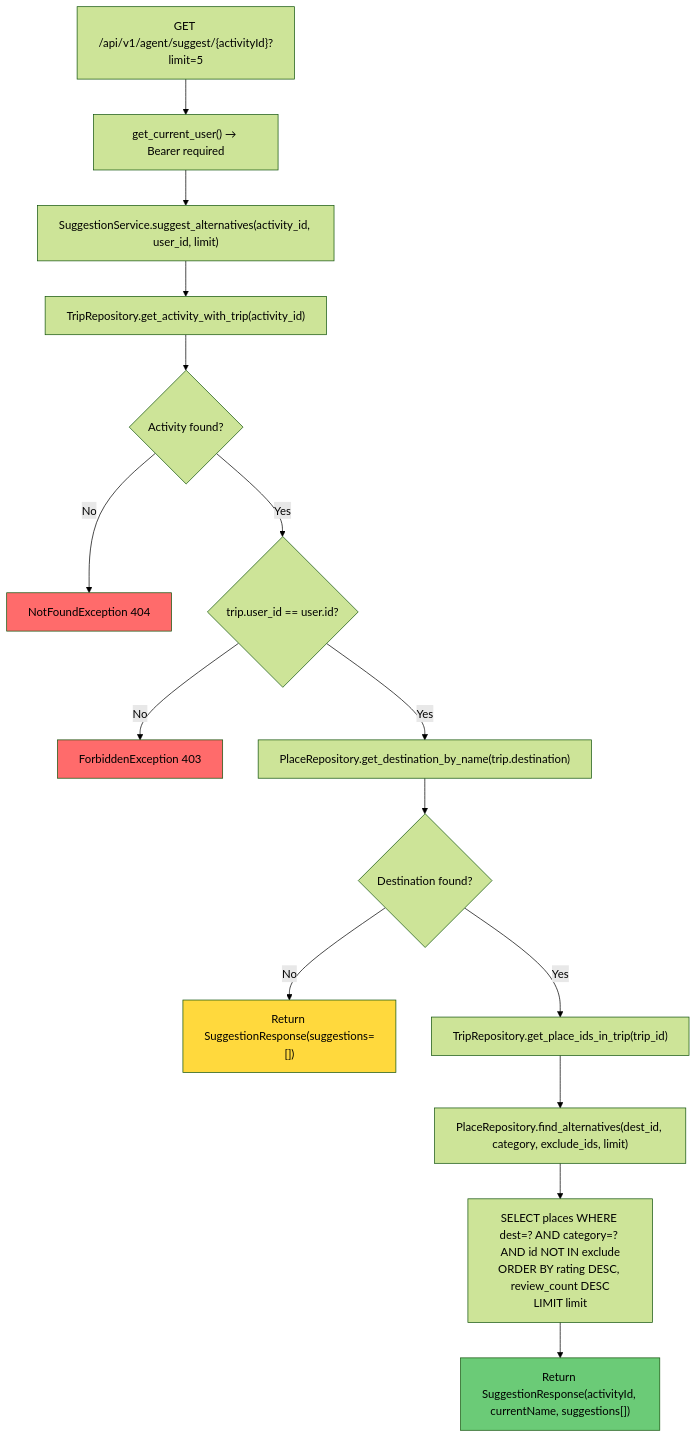
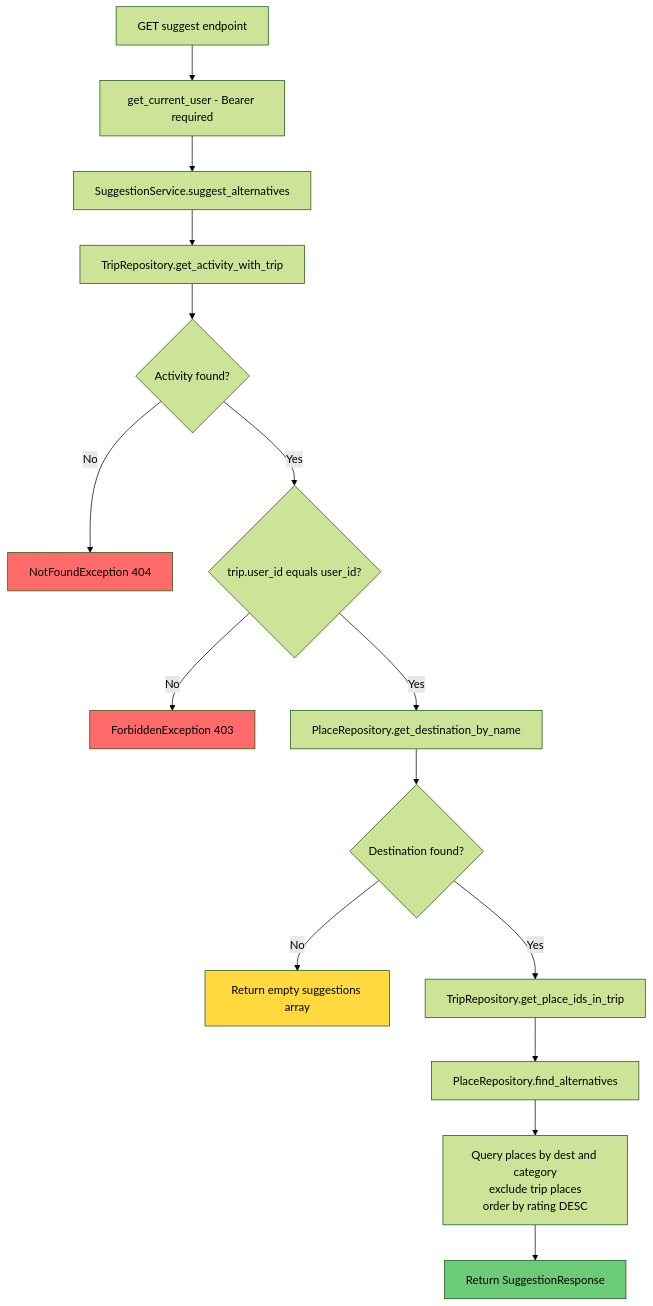
One commit to KhoiBui16/NT208-ai-travel-itinerary-recommendation-system changed the eighth of 12 diagrams in README.md. Above: the diagram before and after it, drawn with Mermaid (forest theme). The commit also changed other lines of this file and 96 other files, not shown here.

````diff
--- a/README.md
+++ b/README.md
@@ -1296,22 +1394,22 @@
 ```mermaid
 flowchart TD
-    A["GET /api/v1/agent/suggest/{activityId}?limit=5"] --> B["get_current_user() → Bearer required"]
-    B --> C["SuggestionService.suggest_alternatives(activity_id, user_id, limit)"]
-    C --> D["TripRepository.get_activity_with_trip(activity_id)"]
-    D --> E{Activity found?}
+    A["GET suggest endpoint"] --> B["get_current_user - Bearer required"]
+    B --> C["SuggestionService.suggest_alternatives"]
+    C --> D["TripRepository.get_activity_with_trip"]
+    D --> E{"Activity found?"}
     E -->|No| F["NotFoundException 404"]
-    E -->|Yes| G{trip.user_id == user.id?}
+    E -->|Yes| G{"trip.user_id equals user_id?"}
     G -->|No| H["ForbiddenException 403"]
-    G -->|Yes| I["PlaceRepository.get_destination_by_name(trip.destination)"]
-    I --> J{Destination found?}
-    J -->|No| K["Return SuggestionResponse(suggestions=[])"]
-    J -->|Yes| L["TripRepository.get_place_ids_in_trip(trip_id)"]
-    L --> M["PlaceRepository.find_alternatives(dest_id, category, exclude_ids, limit)"]
-    M --> N["SELECT places WHERE dest=? AND category=? AND id NOT IN exclude<br/>ORDER BY rating DESC, review_count DESC<br/>LIMIT limit"]
-    N --> O["Return SuggestionResponse(activityId, currentName, suggestions[])"]
+    G -->|Yes| I["PlaceRepository.get_destination_by_name"]
+    I --> J{"Destination found?"}
+    J -->|No| K["Return empty suggestions array"]
+    J -->|Yes| L["TripRepository.get_place_ids_in_trip"]
+    L --> M["PlaceRepository.find_alternatives"]
+    M --> N["Query places by dest and category<br/>exclude trip places<br/>order by rating DESC"]
+    N --> O["Return SuggestionResponse"]
 
     style F fill:#ff6b6b
     style H fill:#ff6b6b
     style K fill:#ffd93d
     style O fill:#6bcb77
 ```
````
